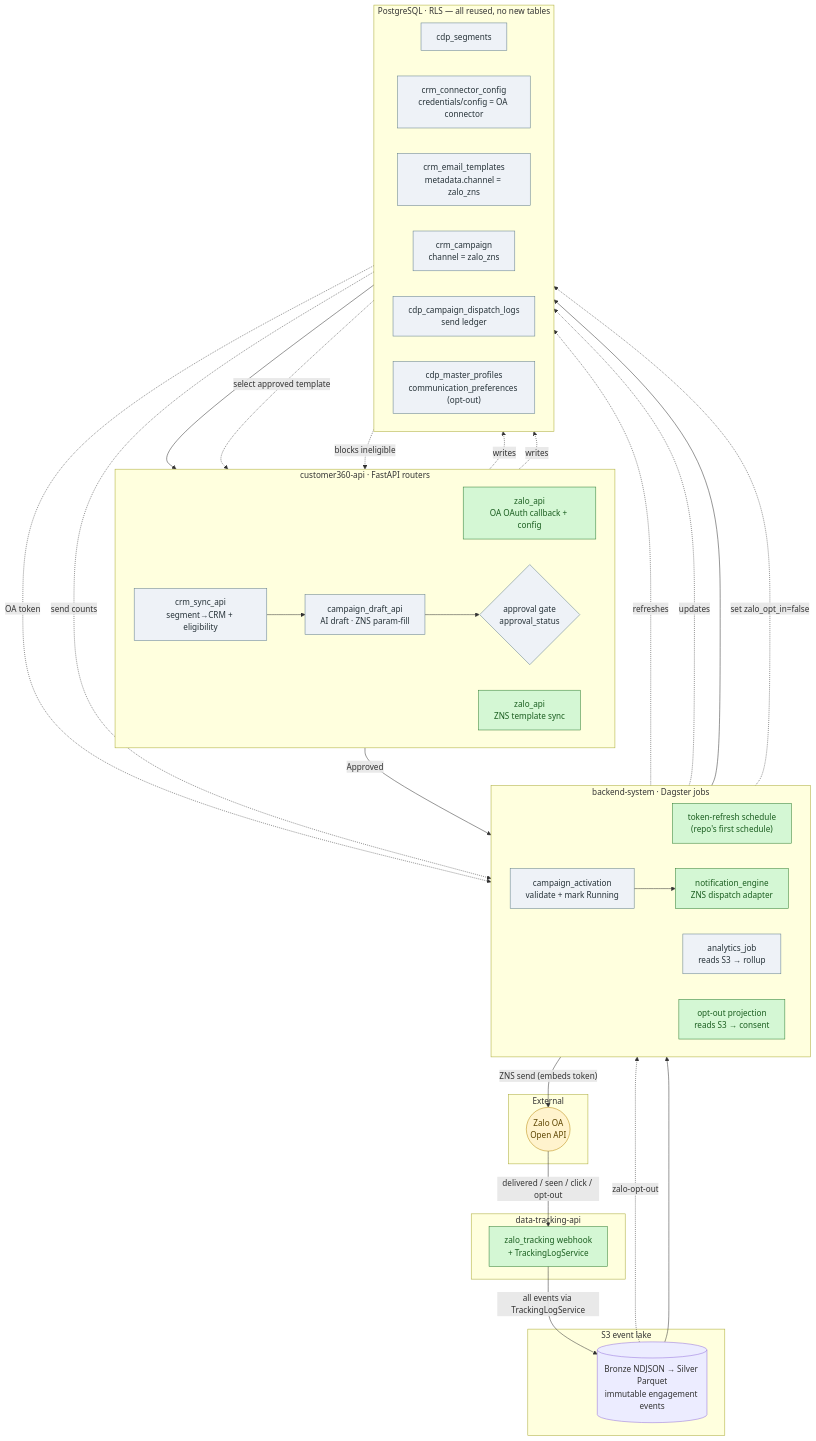
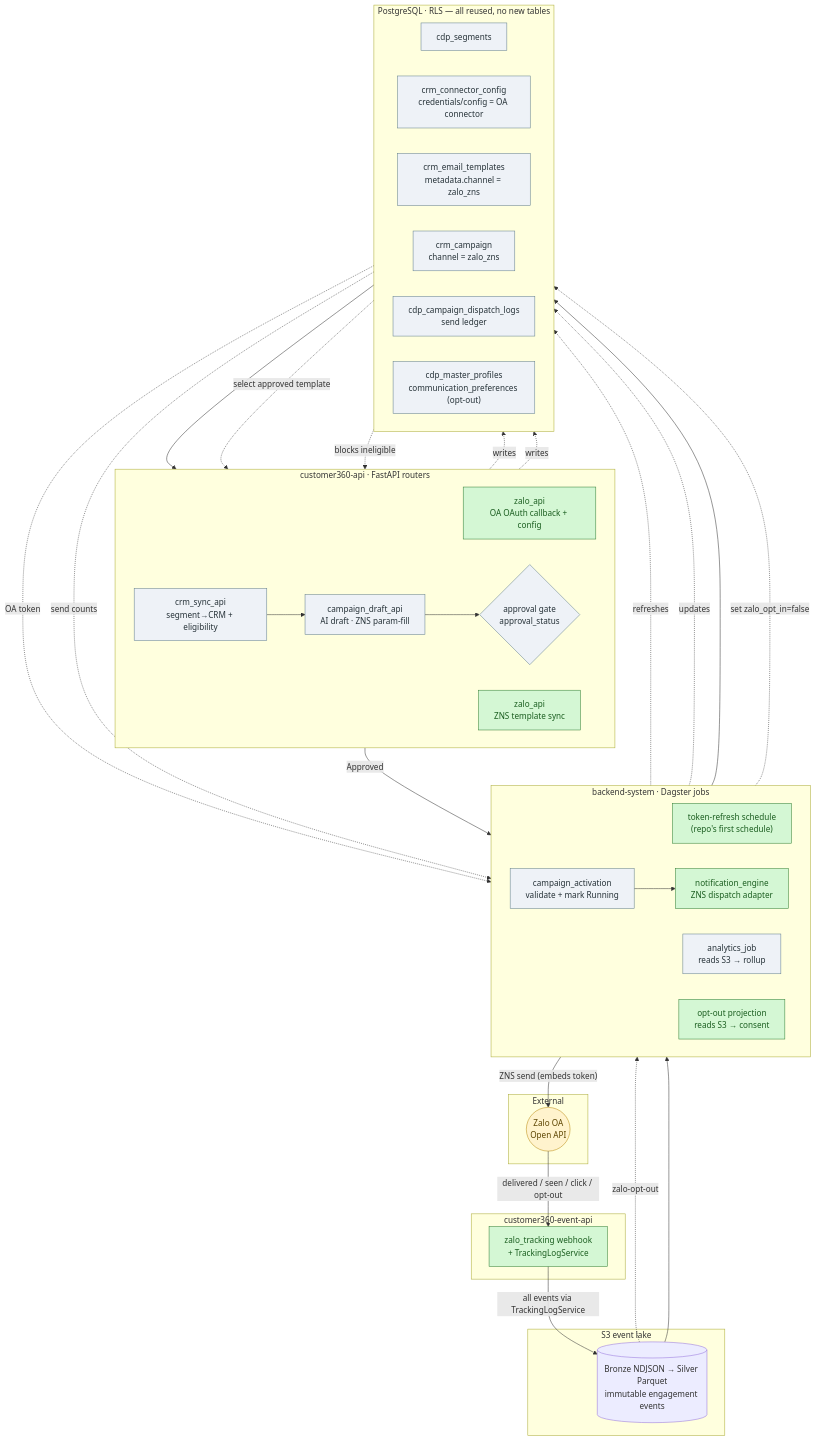
Before and after one commit to LEO-CDP/leo-customer360: the first of 3 diagrams in docs/action-plans/PLAN-ZALO-ZNS-OPTIMIZED.md, drawn with Mermaid. The commit also changed other lines of this file and 117 other files, not shown here.

Commit message:
refactoring, rename folder data-tracking-api to customer360-event-api

````diff
--- a/docs/action-plans/PLAN-ZALO-ZNS-OPTIMIZED.md
+++ b/docs/action-plans/PLAN-ZALO-ZNS-OPTIMIZED.md
@@ -29,68 +29,68 @@
 ```mermaid
 flowchart TB
     subgraph API["customer360-api · FastAPI routers"]
         direction LR
         OACFG["zalo_api<br/>OA OAuth callback + config"]
         TPLSYNC["zalo_api<br/>ZNS template sync"]
         SYNC["crm_sync_api<br/>segment→CRM + eligibility"]
         DRAFT["campaign_draft_api<br/>AI draft · ZNS param-fill"]
         APPR{"approval gate<br/>approval_status"}
     end
 
     subgraph DAG["backend-system · Dagster jobs"]
         direction LR
         TR["token-refresh schedule<br/>(repo's first schedule)"]
         ACT["campaign_activation<br/>validate + mark Running"]
         ENG["notification_engine<br/>ZNS dispatch adapter"]
         AN["analytics_job<br/>reads S3 → rollup"]
         PROJ["opt-out projection<br/>reads S3 → consent"]
     end
 
     subgraph EXT["External"]
         ZALOAPI(("Zalo OA<br/>Open API"))
     end
 
-    subgraph DTA["data-tracking-api"]
+    subgraph DTA["customer360-event-api"]
         WH["zalo_tracking webhook<br/>+ TrackingLogService"]
     end
 
     subgraph LAKE["S3 event lake"]
         S3[("Bronze NDJSON → Silver Parquet<br/>immutable engagement events")]
     end
 
     subgraph PG["PostgreSQL · RLS — all reused, no new tables"]
         direction LR
         SEG["cdp_segments"]
         DS["crm_connector_config<br/>credentials/config = OA connector"]
         TPLT["crm_email_templates<br/>metadata.channel = zalo_zns"]
         CAMP["crm_campaign<br/>channel = zalo_zns"]
         LOG["cdp_campaign_dispatch_logs<br/>send ledger"]
         SUP["cdp_master_profiles<br/>communication_preferences (opt-out)"]
     end
 
     SEG --> SYNC --> DRAFT --> APPR
     OACFG -. writes .-> DS
     TR -. refreshes .-> DS
     TPLSYNC -. writes .-> TPLT
     TPLT -. select approved template .-> DRAFT
     APPR -- Approved --> ACT
     ACT -. updates .-> CAMP
     ACT --> ENG
     DS -. OA token .-> ENG
     ENG -- "ZNS send (embeds token)" --> ZALOAPI
     ENG --> LOG
     ZALOAPI -- delivered / seen / click / opt-out --> WH
     WH -- all events via TrackingLogService --> S3
     S3 -. zalo-opt-out .-> PROJ
     PROJ -. set zalo_opt_in=false .-> SUP
     S3 --> AN
     LOG -. send counts .-> AN
     SUP -. blocks ineligible .-> SYNC
 
     classDef new fill:#d4f7d4,stroke:#2e7d32,color:#1b5e20;
     classDef reuse fill:#eef2f7,stroke:#607d8b,color:#263238;
     classDef ext fill:#fff3cd,stroke:#b8860b,color:#5c4400;
     class OACFG,TPLSYNC,TR,ENG,WH,PROJ new;
     class SYNC,DRAFT,APPR,ACT,AN,SEG,DS,TPLT,CAMP,LOG,SUP reuse;
     class ZALOAPI ext;
 ```
````
